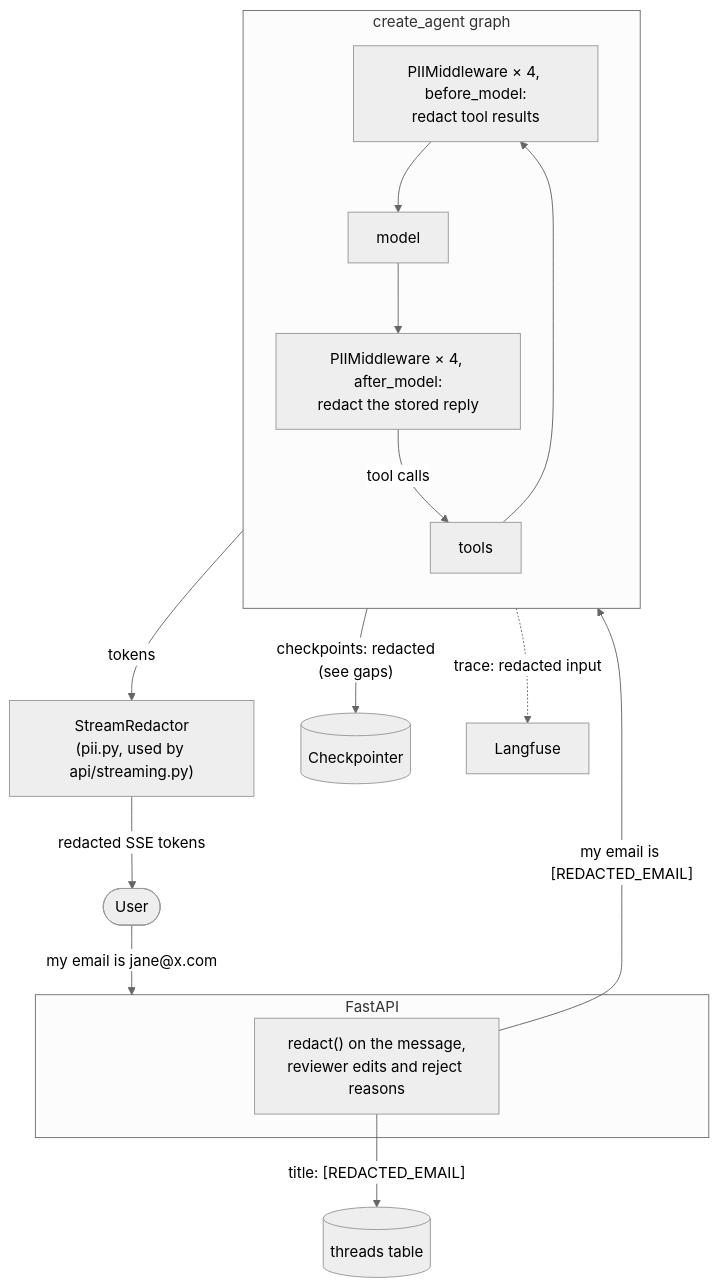
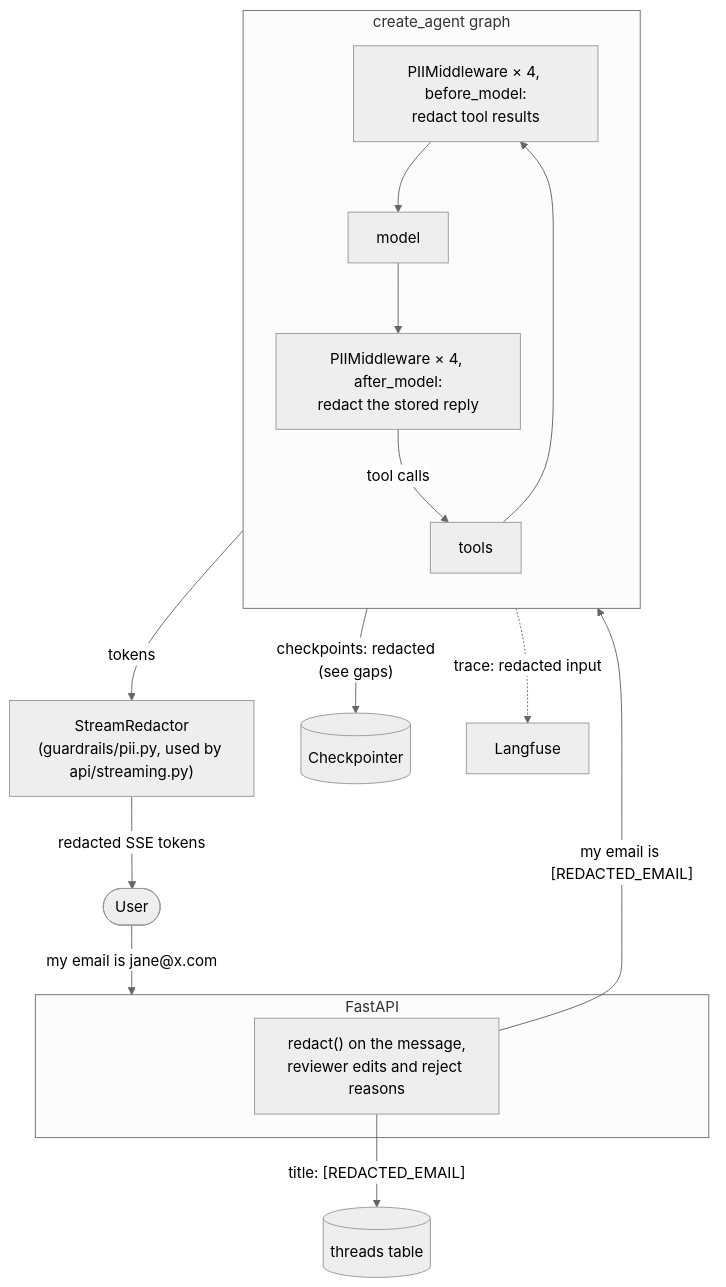
The diagram in docs/phase-5-pii-detection-masking.md (Anirudh1905/agentic-ai-chatbot), drawn with Mermaid (neutral theme) before and after one commit. The commit also changed other lines of this file and 58 other files, not shown here.

````diff
--- a/docs/phase-5-pii-detection-masking.md
+++ b/docs/phase-5-pii-detection-masking.md
@@ -21,24 +21,24 @@
 ```mermaid
 flowchart TB
     User([User]) -->|"my email is jane@x.com"| API
 
     subgraph API["FastAPI"]
         Redact["redact() on the message,<br/>reviewer edits and reject reasons"]
     end
 
     Redact -->|"title: [REDACTED_EMAIL]"| Threads[(threads table)]
     Redact -->|"my email is [REDACTED_EMAIL]"| Agent
 
     subgraph Agent["create_agent graph"]
         direction TB
         Before["PIIMiddleware × 4, before_model:<br/>redact tool results"] --> Model[model]
         Model --> After["PIIMiddleware × 4, after_model:<br/>redact the stored reply"]
         After -->|tool calls| Tools[tools]
         Tools --> Before
     end
 
-    Model -->|tokens| Stream["StreamRedactor<br/>(pii.py, used by api/streaming.py)"]
+    Model -->|tokens| Stream["StreamRedactor<br/>(guardrails/pii.py, used by api/streaming.py)"]
     Stream -->|"redacted SSE tokens"| User
     Agent -->|"checkpoints: redacted<br/>(see gaps)"| CP[(Checkpointer)]
     Agent -.->|"trace: redacted input"| Obs[Langfuse]
 ```
````
